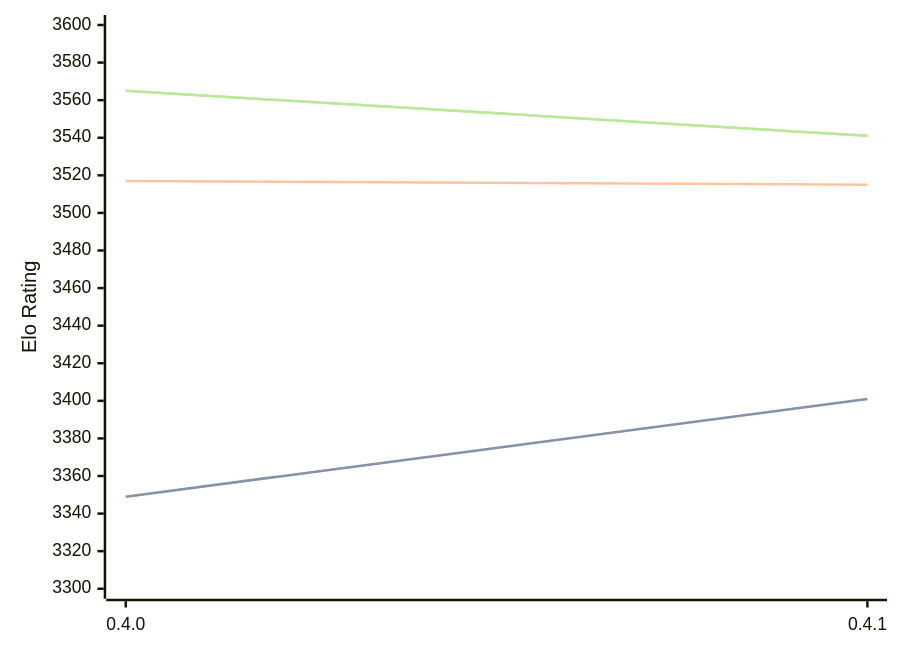
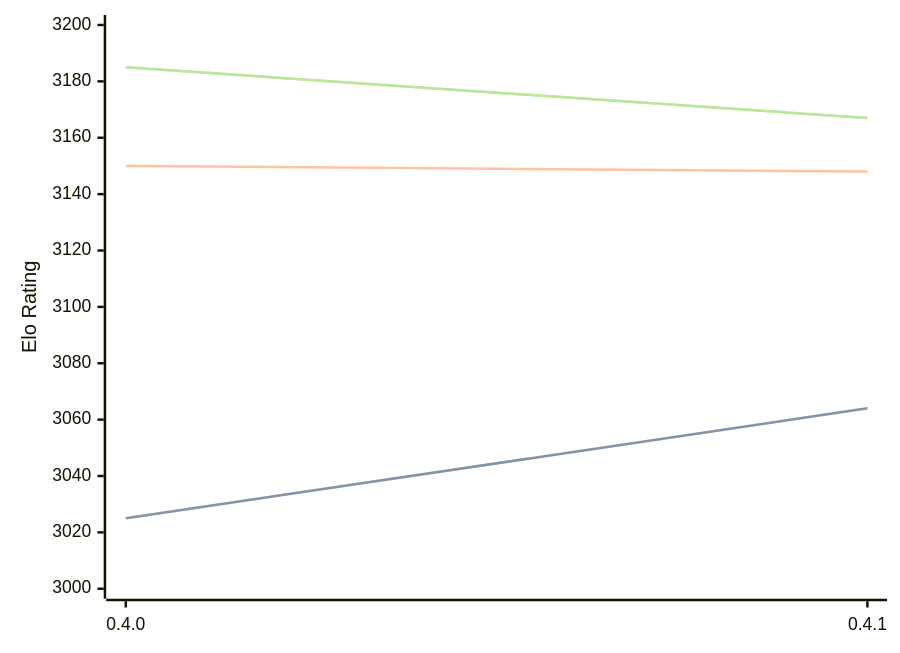
The diagram in engines/Cinder.md (computer-chess-index/cci), drawn with Mermaid before and after one commit. The commit also changed other lines of this file, not shown here.

Commit message:
Update CCI Ratings (ELO VLTC) - 2026-02-23

````diff
--- a/engines/Cinder.md
+++ b/engines/Cinder.md
@@ -37,11 +37,11 @@
 ```mermaid
 %%{init: {"theme":"base","themeVariables":{"seriesColors:['#a3a3a3','#222221','#faa371']}}}%%
 xychart-beta
   x-axis ["0.4.0", "0.4.1"]
-  y-axis "Elo Rating" 3300 --> 3600
-  line "STC (8.0+0.08s)" [3349, 3401]
-  line "STC (8.0+0.08s)" [3349, 3401]
-  line "LTC (60.0+0.60s)" [3517, 3515]
-  line "VLTC (2m24s+1.12s)" [3565, 3541]
-  line "VLTC (2m24s+1.12s)" [3565, 3541]
+  y-axis "Elo Rating" 3000 --> 3200
+  line "STC (8.0+0.08s)" [3025, 3064]
+  line "STC (8.0+0.08s)" [3025, 3064]
+  line "LTC (60.0+0.60s)" [3150, 3148]
+  line "VLTC (2m24s+1.12s)" [3185, 3167]
+  line "VLTC (2m24s+1.12s)" [3185, 3167]
 ```
````
